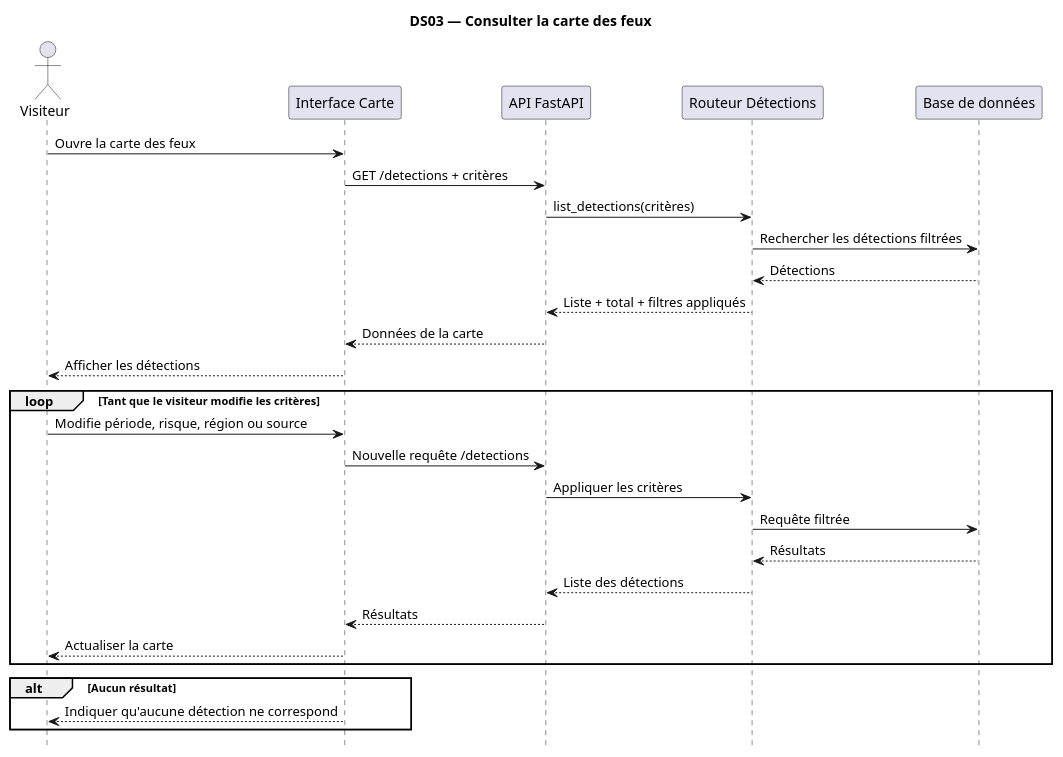
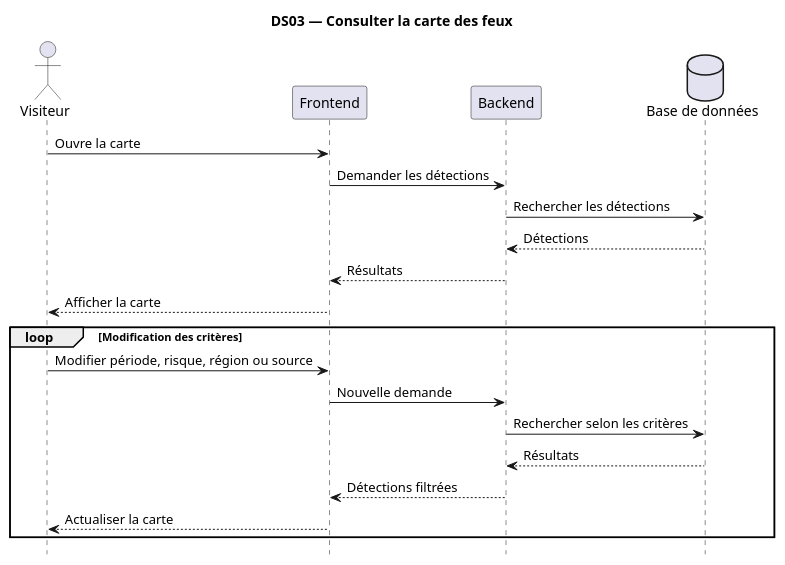
The diagram in UML_JeryMotro/DS03_Consulter_carte_des_feux.plantuml (TkAbeleon/NoteAcemiqueProjetSoutenanceL3), drawn with PlantUML before and after one commit.

Commit message:
Alléger DS03 avec Frontend Backend Base de données

```diff
--- a/UML_JeryMotro/DS03_Consulter_carte_des_feux.plantuml
+++ b/UML_JeryMotro/DS03_Consulter_carte_des_feux.plantuml
@@ -1,37 +1,28 @@
 @startuml
 
 title DS03 — Consulter la carte des feux
 hide footbox
 skinparam shadowing false
 
 actor "Visiteur" as V
-participant "Interface Carte" as I
-participant "API FastAPI" as API
-participant "Routeur Détections" as D
-participant "Base de données" as DB
+participant "Frontend" as F
+participant "Backend" as B
+database "Base de données" as DB
 
-V -> I : Ouvre la carte des feux
-I -> API : GET /detections + critères
-API -> D : list_detections(critères)
-D -> DB : Rechercher les détections filtrées
-DB --> D : Détections
-D --> API : Liste + total + filtres appliqués
-API --> I : Données de la carte
-I --> V : Afficher les détections
+V -> F : Ouvre la carte
+F -> B : Demander les détections
+B -> DB : Rechercher les détections
+DB --> B : Détections
+B --> F : Résultats
+F --> V : Afficher la carte
 
-loop Tant que le visiteur modifie les critères
-    V -> I : Modifie période, risque, région ou source
-    I -> API : Nouvelle requête /detections
-    API -> D : Appliquer les critères
-    D -> DB : Requête filtrée
-    DB --> D : Résultats
-    D --> API : Liste des détections
-    API --> I : Résultats
-    I --> V : Actualiser la carte
-end
-
-alt Aucun résultat
-    I --> V : Indiquer qu'aucune détection ne correspond
+loop Modification des critères
+    V -> F : Modifier période, risque, région ou source
+    F -> B : Nouvelle demande
+    B -> DB : Rechercher selon les critères
+    DB --> B : Résultats
+    B --> F : Détections filtrées
+    F --> V : Actualiser la carte
 end
 
 @enduml
```
